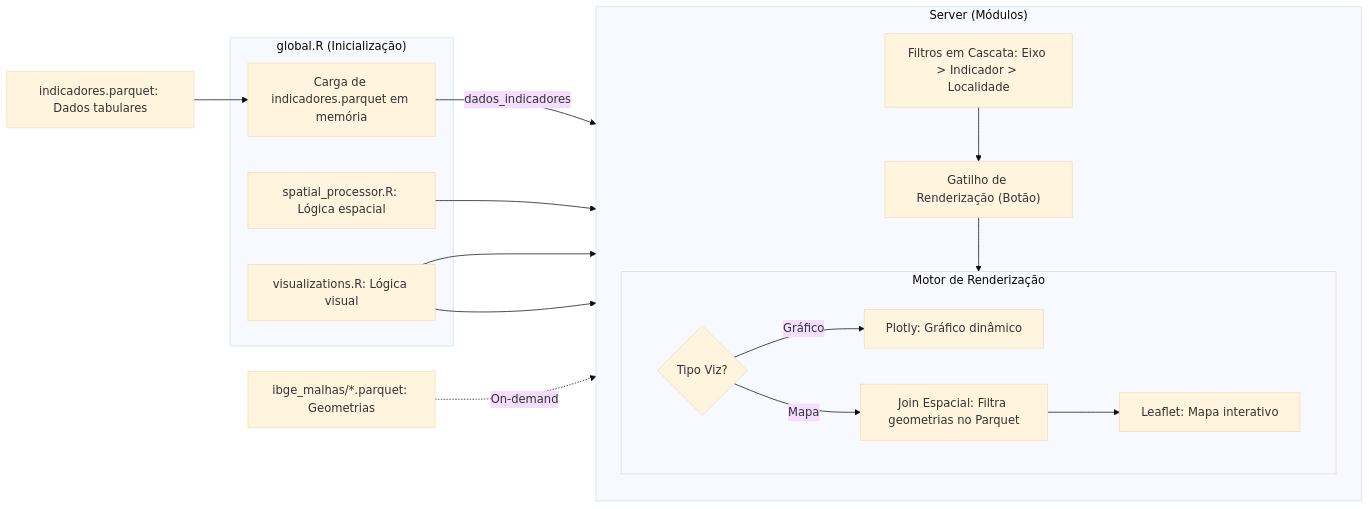
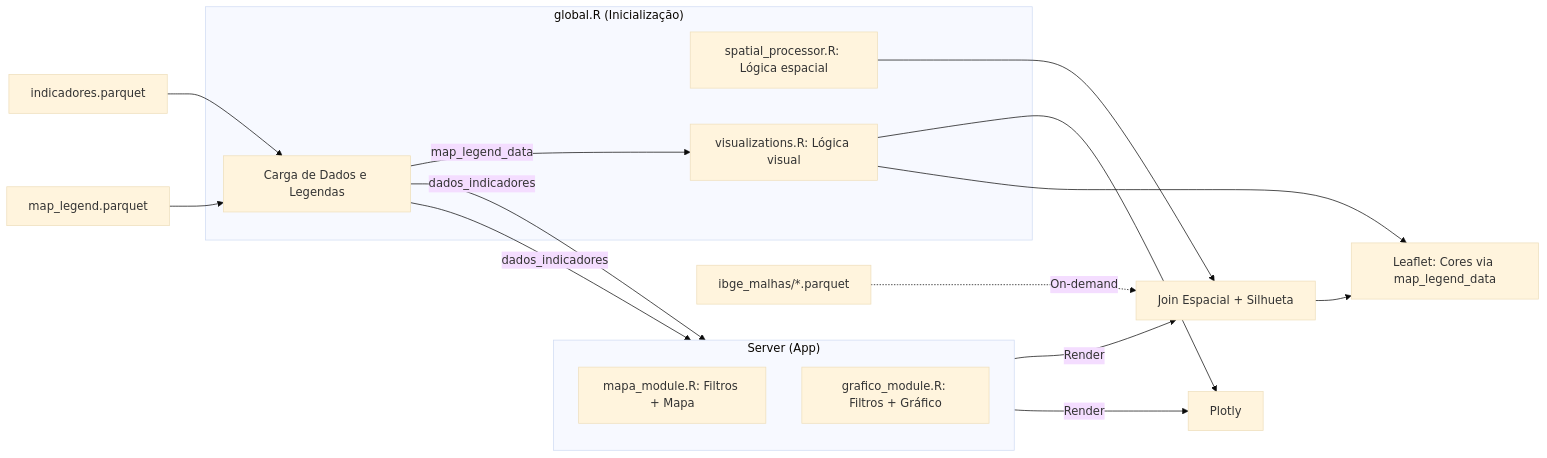
One commit to inct-labplan/shiny-it changed the second of 2 diagrams in README.md. Above: the diagram before and after it, drawn with Mermaid (base theme). The commit also changed other lines of this file and 11 other files, not shown here.

````diff
--- a/README.md
+++ b/README.md
@@ -78,33 +78,34 @@
 ```mermaid
 graph LR
-    DB["indicadores.parquet: Dados tabulares"]
-    MALHAS_DB["ibge_malhas/*.parquet: Geometrias"]
+    DB["indicadores.parquet"]
+    LEG_DB["map_legend.parquet"]
+    MALHAS_DB["ibge_malhas/*.parquet"]
 
     subgraph Global ["global.R (Inicialização)"]
-        LOAD["Carga de indicadores.parquet em memória"]
+        LOAD["Carga de Dados e Legendas"]
         SP["spatial_processor.R: Lógica espacial"]
         VIZ["visualizations.R: Lógica visual"]
     end
 
     DB --> LOAD
-    LOAD -->|dados_indicadores| Server
+    LEG_DB --> LOAD
+    LOAD -->|dados_indicadores| M_MAPA
+    LOAD -->|dados_indicadores| M_GRAFICO
+    LOAD -->|map_legend_data| VIZ
 
-    subgraph Server ["Server (Módulos)"]
+    subgraph Server ["Server (App)"]
         direction TB
-        F1["Filtros em Cascata: Eixo > Indicador > Localidade"] --> F2["Gatilho de Renderização (Botão)"]
-        
-        subgraph Render ["Motor de Renderização"]
-            direction LR
-            G_LOGIC{Tipo Viz?}
-            G_LOGIC -->|Gráfico| PLOT["Plotly: Gráfico dinâmico"]
-            G_LOGIC -->|Mapa| MAP_JOIN["Join Espacial: Filtra geometrias no Parquet"]
-            MAP_JOIN --> MAP_BUILD["Leaflet: Mapa interativo"]
-        end
-        F2 --> Render
+        M_MAPA["mapa_module.R: Filtros + Mapa"]
+        M_GRAFICO["grafico_module.R: Filtros + Gráfico"]
     end
 
+    M_MAPA -->|Render| MAP_JOIN["Join Espacial + Silhueta"]
+    M_GRAFICO -->|Render| PLOT["Plotly"]
+    
+    MAP_JOIN --> MAP_BUILD["Leaflet: Cores via map_legend_data"]
+    
     VIZ --> PLOT
     VIZ --> MAP_BUILD
     SP --> MAP_JOIN
     MALHAS_DB -.->|On-demand| MAP_JOIN
 ```
````
